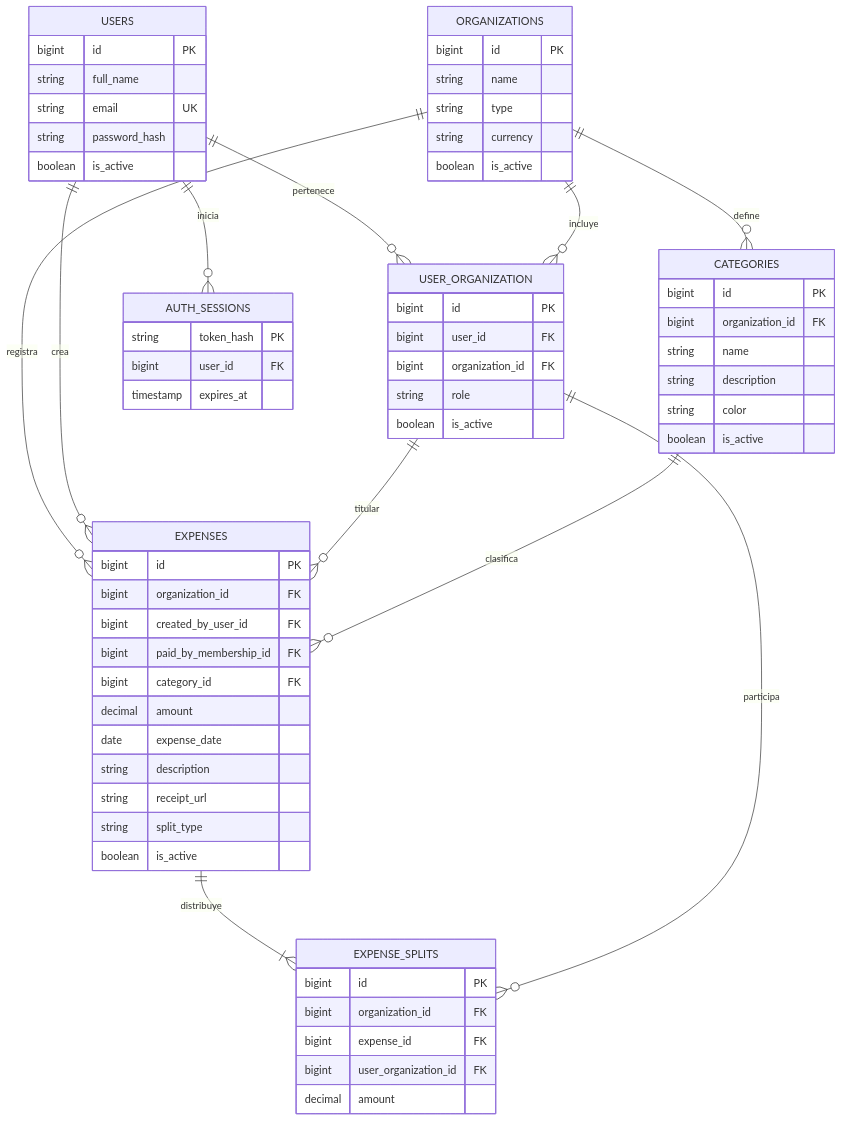
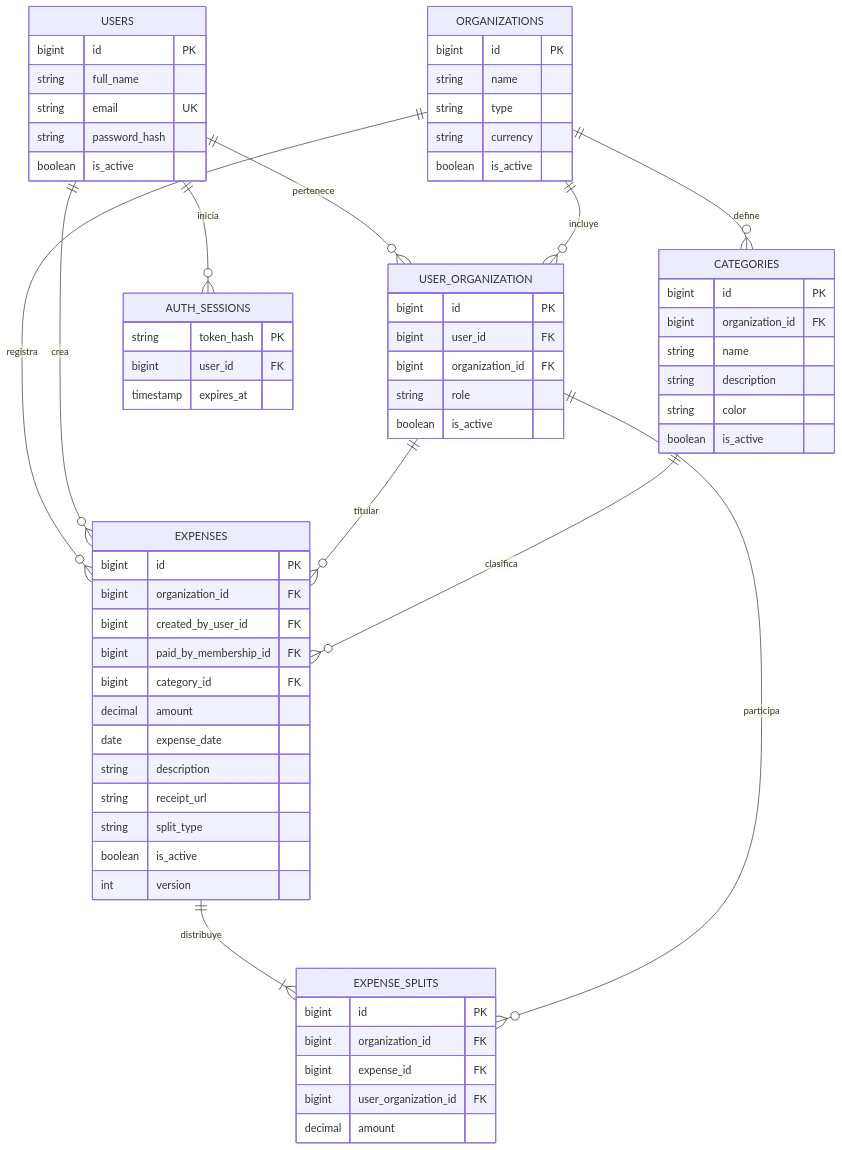
The diagram in README.md (seba615/shareverance), drawn with Mermaid before and after one commit. The commit also changed other lines of this file and 17 other files, not shown here.

````diff
--- a/README.md
+++ b/README.md
@@ -115,67 +115,68 @@
 ```mermaid
 erDiagram
     USERS ||--o{ USER_ORGANIZATION : pertenece
     ORGANIZATIONS ||--o{ USER_ORGANIZATION : incluye
     ORGANIZATIONS ||--o{ CATEGORIES : define
     ORGANIZATIONS ||--o{ EXPENSES : registra
     USERS ||--o{ EXPENSES : crea
     USER_ORGANIZATION ||--o{ EXPENSES : titular
     CATEGORIES ||--o{ EXPENSES : clasifica
     EXPENSES ||--|{ EXPENSE_SPLITS : distribuye
     USER_ORGANIZATION ||--o{ EXPENSE_SPLITS : participa
     USERS ||--o{ AUTH_SESSIONS : inicia
     USERS {
         bigint id PK
         string full_name
         string email UK
         string password_hash
         boolean is_active
     }
     ORGANIZATIONS {
         bigint id PK
         string name
         string type
         string currency
         boolean is_active
     }
     USER_ORGANIZATION {
         bigint id PK
         bigint user_id FK
         bigint organization_id FK
         string role
         boolean is_active
     }
     CATEGORIES {
         bigint id PK
         bigint organization_id FK
         string name
         string description
         string color
         boolean is_active
     }
     EXPENSES {
         bigint id PK
         bigint organization_id FK
         bigint created_by_user_id FK
         bigint paid_by_membership_id FK
         bigint category_id FK
         decimal amount
         date expense_date
         string description
         string receipt_url
         string split_type
         boolean is_active
+        int version
     }
     EXPENSE_SPLITS {
         bigint id PK
         bigint organization_id FK
         bigint expense_id FK
         bigint user_organization_id FK
         decimal amount
     }
     AUTH_SESSIONS {
         string token_hash PK
         bigint user_id FK
         timestamp expires_at
     }
 ```
````
